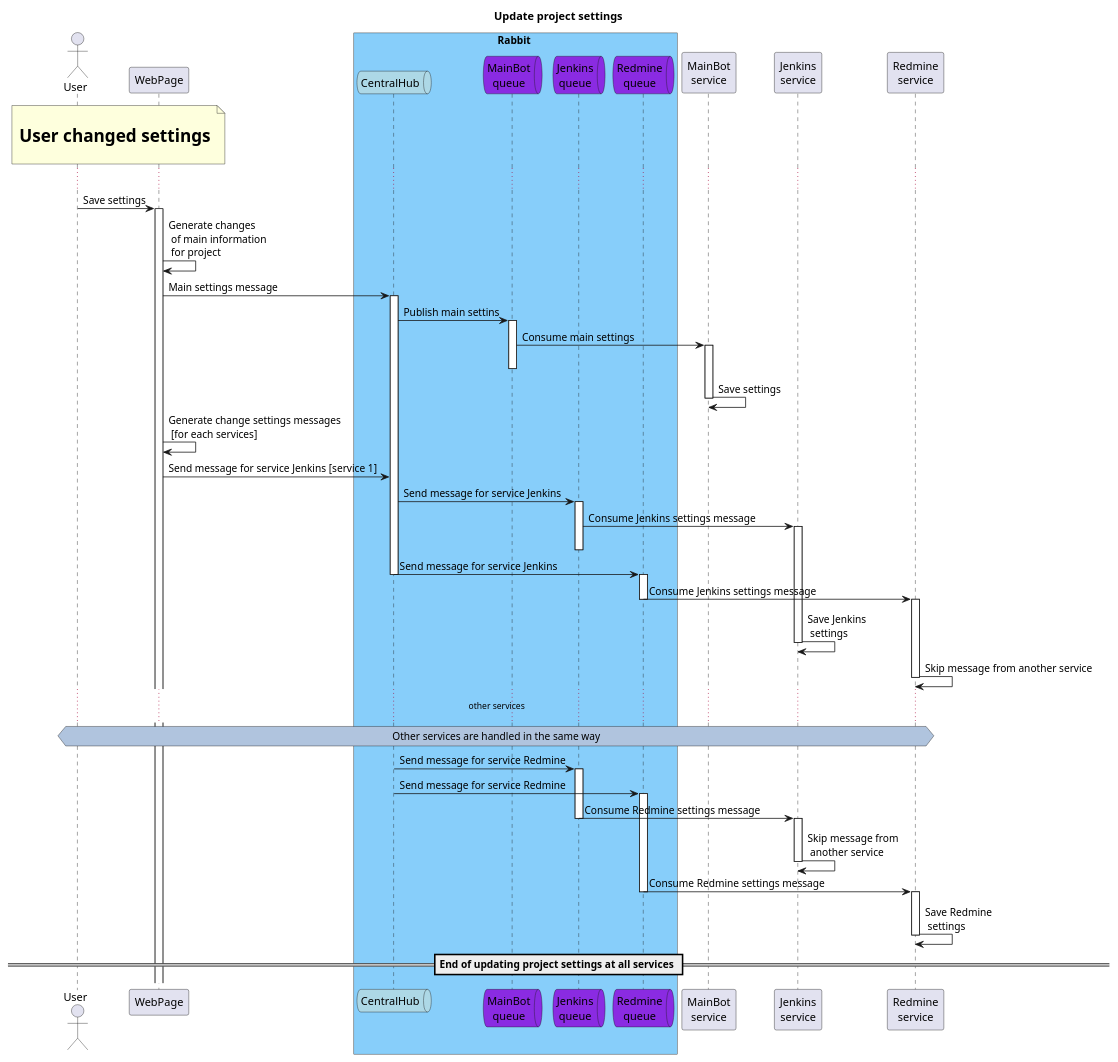
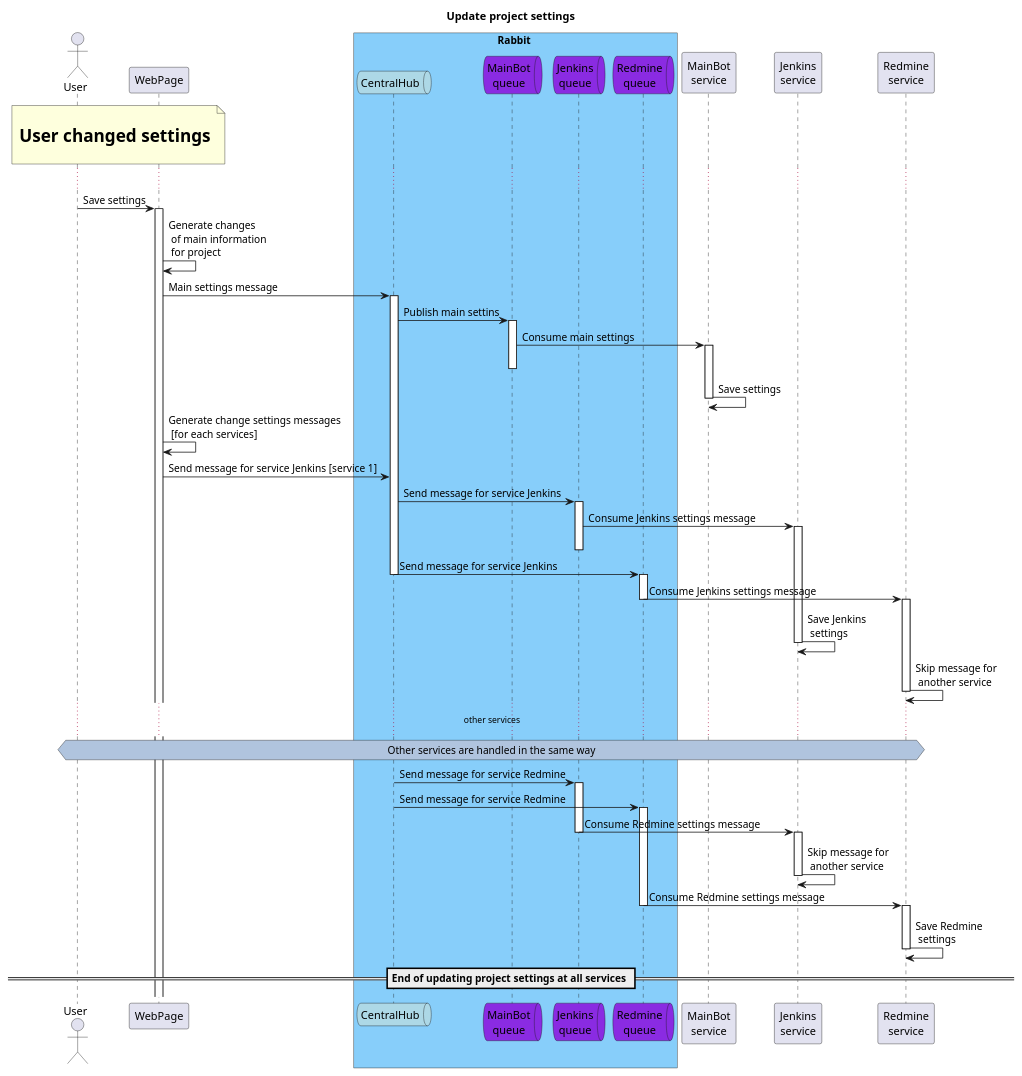
The diagram in WebAdminChangeSettingsUpdate.puml (zavpav/TgBotEnterprise), drawn with PlantUML before and after one commit. The commit also changed 1 other file, not shown here.

```diff
--- a/WebAdminChangeSettingsUpdate.puml
+++ b/WebAdminChangeSettingsUpdate.puml
@@ -1,76 +1,76 @@
 @startuml Update project settings
 
 title Update project settings
 
 actor User as usr
 participant WebPage as wp
 
 box Rabbit #LightSkyBlue 
     queue "CentralHub" as CentralHub #LightBlue
     queue "MainBot\nqueue" as mbQueue #BlueViolet
     queue "Jenkins\nqueue" as jenkinsQueue #BlueViolet
     queue "Redmine\nqueue" as redmineQueue #BlueViolet
 end box
 
 participant "MainBot\nservice" as mb
 participant "Jenkins\nservice" as jenkins
 participant "Redmine\nservice" as redmine
 
 
 note over usr, wp : \n <size:22>**User changed settings**</size> \n
 ...
 
 usr -> wp : Save settings
 activate wp
 wp -> wp : Generate changes\n of main information\n for project
 wp -> CentralHub : Main settings message
 activate CentralHub
 CentralHub -> mbQueue : Publish main settins
 activate mbQueue
 mbQueue -> mb : Consume main settings
 activate mb
 deactivate mbQueue
 mb -> mb: Save settings
 deactivate mb
 
 
 
 wp -> wp : Generate change settings messages\n [for each services]
 wp -> CentralHub : Send message for service Jenkins [service 1]
 CentralHub -> jenkinsQueue : Send message for service Jenkins
 activate jenkinsQueue
 jenkinsQueue -> jenkins : Consume Jenkins settings message 
 activate jenkins
 deactivate jenkinsQueue
 CentralHub -> redmineQueue : Send message for service Jenkins
 deactivate CentralHub
 activate redmineQueue
 redmineQueue -> redmine  : Consume Jenkins settings message
 deactivate redmineQueue
 activate redmine
 jenkins -> jenkins : Save Jenkins\n settings
 deactivate jenkins
-redmine -> redmine : Skip message from another service
+redmine -> redmine : Skip message for\n another service
 deactivate redmine
 
 ... other services ...
 hnote across #LightSteelBlue: Other services are handled in the same way 
 CentralHub -> jenkinsQueue : Send message for service Redmine
 activate jenkinsQueue
 CentralHub -> redmineQueue : Send message for service Redmine
 deactivate CentralHub
 activate redmineQueue
 jenkinsQueue -> jenkins : Consume Redmine settings message 
 deactivate jenkinsQueue
 activate jenkins
-jenkins -> jenkins : Skip message from\n another service
+jenkins -> jenkins : Skip message for\n another service
 deactivate jenkins
 redmineQueue -> redmine  : Consume Redmine settings message
 deactivate redmineQueue
 activate redmine
 redmine -> redmine : Save Redmine\n settings
 deactivate redmine
 
 == End of updating project settings at all services == 
 
 @enduml
```
